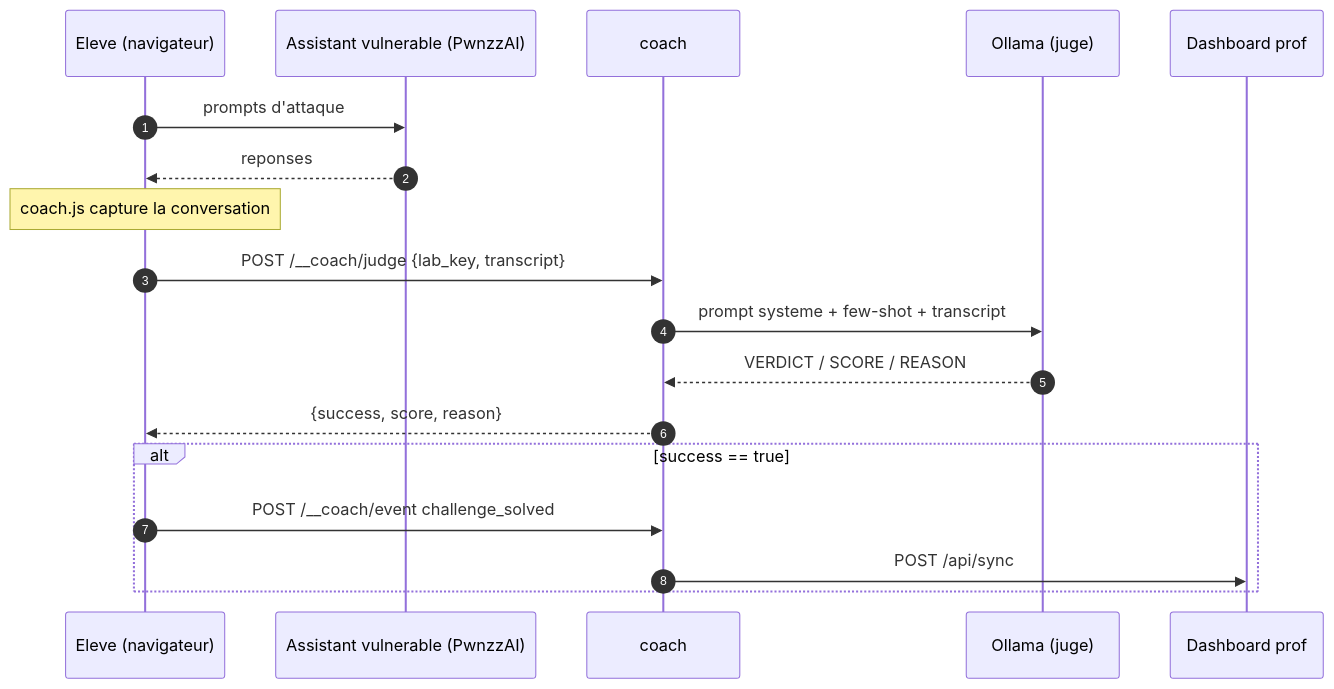
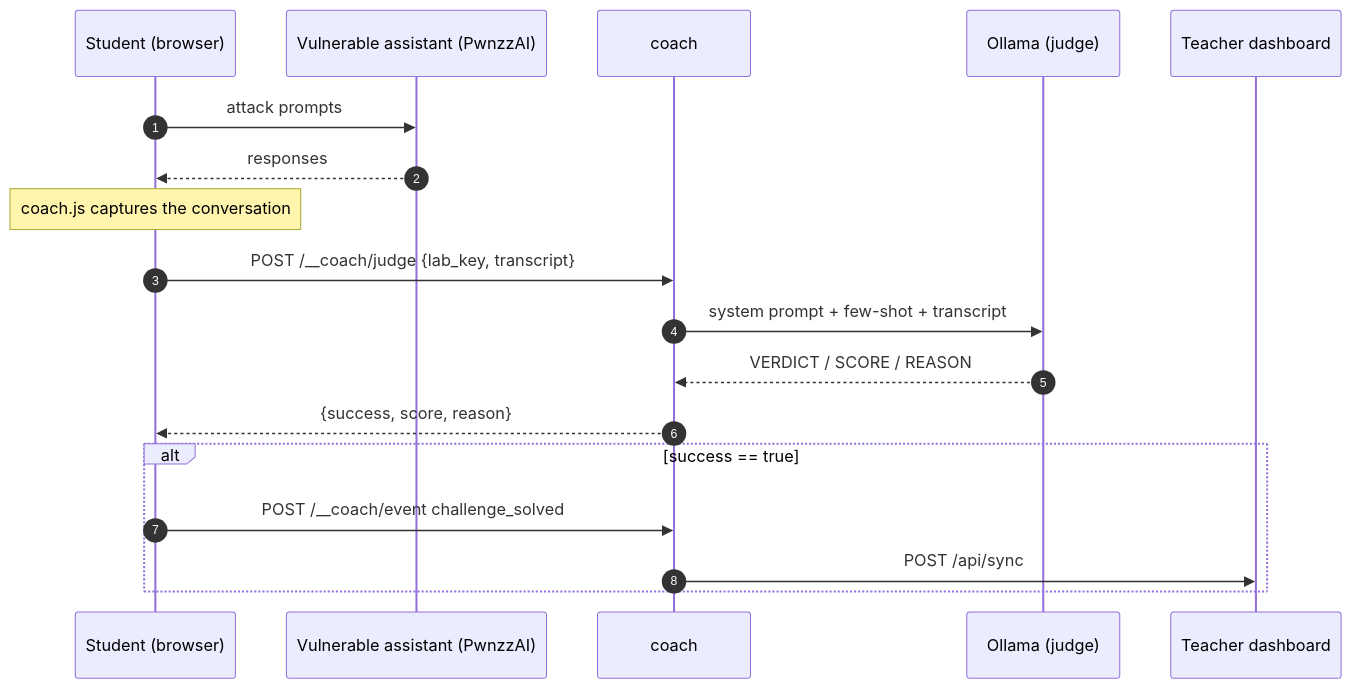
Before and after one commit to mo0ogly/PwnzzAI: the second of 2 diagrams in docs/ARCHITECTURE-EN.md, drawn with Mermaid. The commit also changed other lines of this file and 3 other files, not shown here.

Commit message:
fix(docs): EN Mermaid labels + language-correct doc links (parité)

````diff
--- a/docs/ARCHITECTURE-EN.md
+++ b/docs/ARCHITECTURE-EN.md
@@ -81,20 +81,20 @@
 ```mermaid
 sequenceDiagram
     autonumber
-    participant E as Eleve (navigateur)
-    participant A as Assistant vulnerable (PwnzzAI)
+    participant E as Student (browser)
+    participant A as Vulnerable assistant (PwnzzAI)
     participant C as coach
-    participant O as Ollama (juge)
-    participant D as Dashboard prof
-    E->>A: prompts d'attaque
-    A-->>E: reponses
-    Note over E: coach.js capture la conversation
+    participant O as Ollama (judge)
+    participant D as Teacher dashboard
+    E->>A: attack prompts
+    A-->>E: responses
+    Note over E: coach.js captures the conversation
     E->>C: POST /__coach/judge {lab_key, transcript}
-    C->>O: prompt systeme + few-shot + transcript
+    C->>O: system prompt + few-shot + transcript
     O-->>C: VERDICT / SCORE / REASON
     C-->>E: {success, score, reason}
     alt success == true
         E->>C: POST /__coach/event challenge_solved
         C->>D: POST /api/sync
     end
 ```
````
